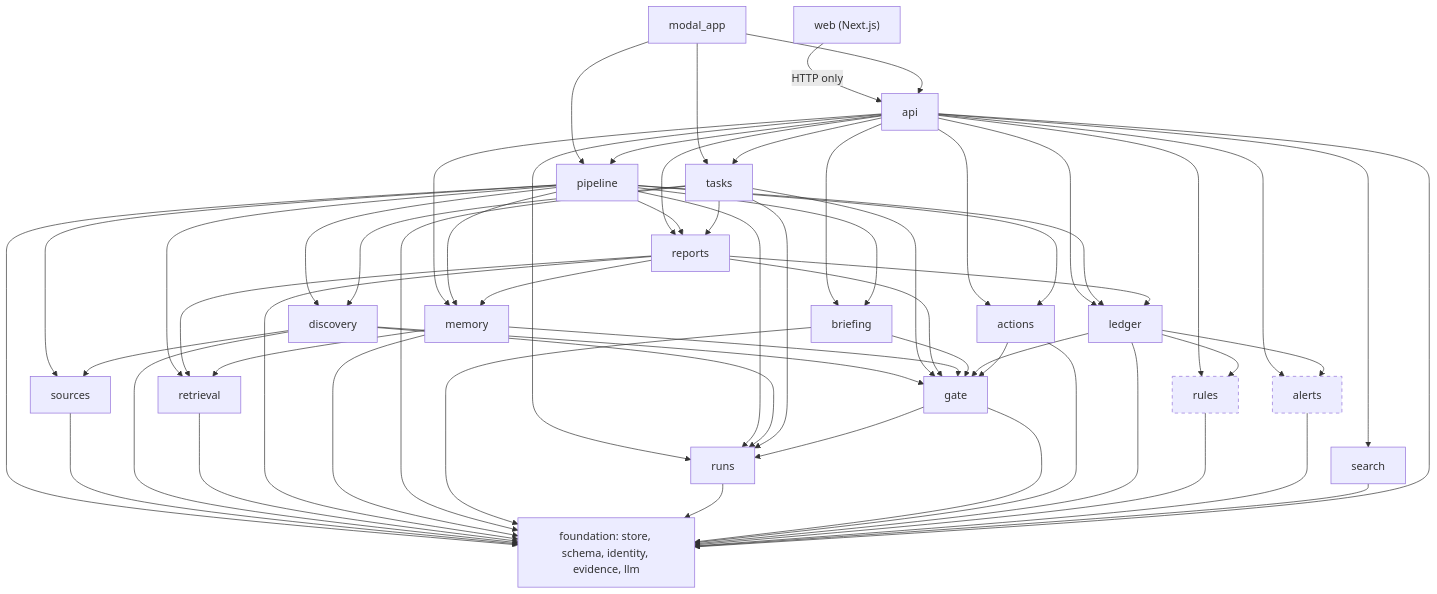
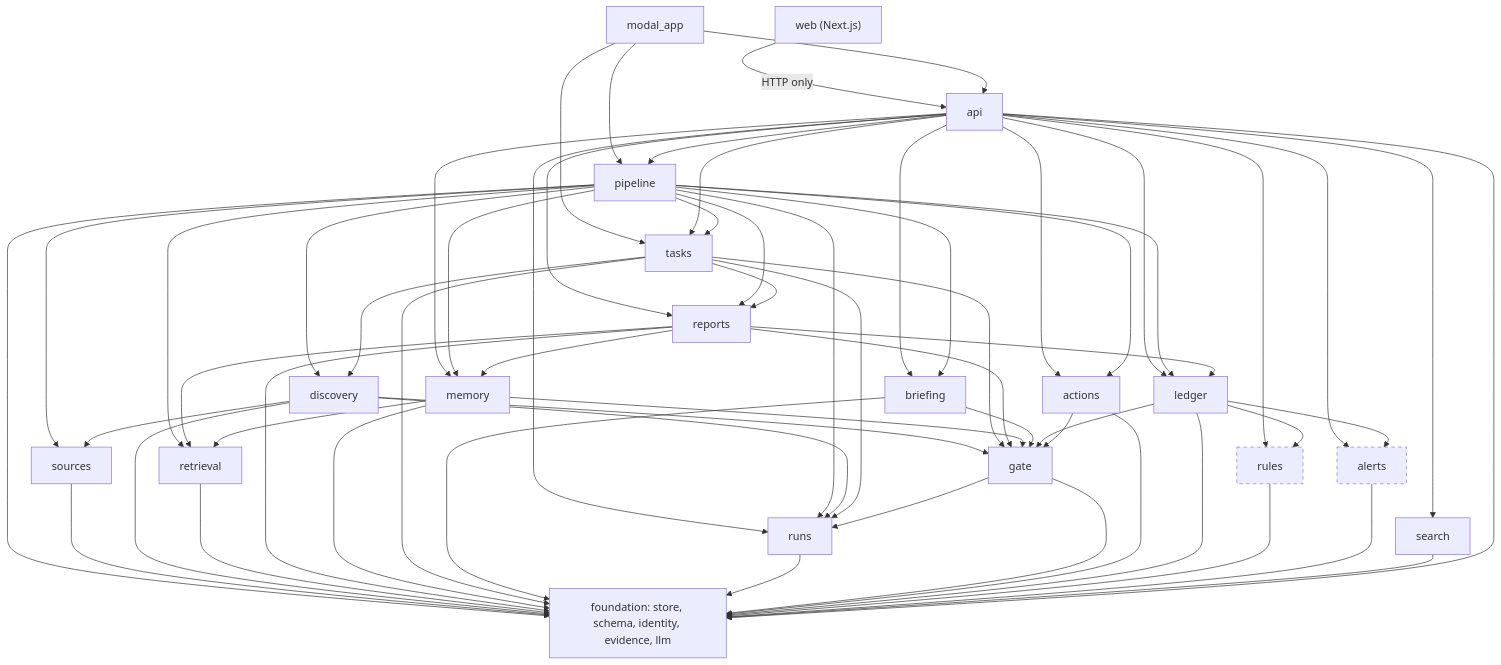
The first of 7 diagrams in _bmad-output/planning-artifacts/architecture/architecture-agents-in-context-toronto-2026-11-13/ARCHITECTURE-SPINE.md (lutic1/agents-in-context-toronto), drawn with Mermaid before and after one commit. The commit also changed other lines of this file and 9 other files, not shown here.

````diff
--- a/_bmad-output/planning-artifacts/architecture/architecture-agents-in-context-toronto-2026-11-13/ARCHITECTURE-SPINE.md
+++ b/_bmad-output/planning-artifacts/architecture/architecture-agents-in-context-toronto-2026-11-13/ARCHITECTURE-SPINE.md
@@ -73,65 +82,66 @@
 ```mermaid
 flowchart TD
   web["web (Next.js)"] -->|HTTP only| api
   modal["modal_app"] --> api
   modal --> pipeline
   modal --> tasks
   api --> pipeline
   api --> runs
   api --> actions
   api --> search
   api --> ledger
   api --> reports
   api --> memory
   api --> tasks
   api --> briefing
   api --> rules
   api --> alerts
   pipeline --> sources
   pipeline --> discovery
   pipeline --> retrieval
   pipeline --> reports
   pipeline --> memory
   pipeline --> briefing
   pipeline --> runs
   pipeline --> ledger
   pipeline --> actions
+  pipeline --> tasks
   discovery --> sources
   discovery --> gate
   discovery --> runs
   tasks --> discovery
   tasks --> reports
   tasks --> gate
   tasks --> runs
   reports --> retrieval
   reports --> memory
   reports --> ledger
   reports --> gate
   memory --> retrieval
   memory --> gate
   briefing --> gate
   ledger --> gate
   actions --> gate
   gate --> runs
   ledger --> rules
   ledger --> alerts
   pipeline --> foundation
   sources --> foundation
   discovery --> foundation
   retrieval --> foundation
   reports --> foundation
   memory --> foundation
   tasks --> foundation
   briefing --> foundation
   runs --> foundation
   gate --> foundation
   actions --> foundation
   ledger --> foundation
   rules --> foundation
   alerts --> foundation
   search --> foundation
   api --> foundation
   foundation["foundation: store, schema, identity, evidence, llm"]
   classDef deferred stroke-dasharray: 5 5
   class rules,alerts deferred
 ```
````
